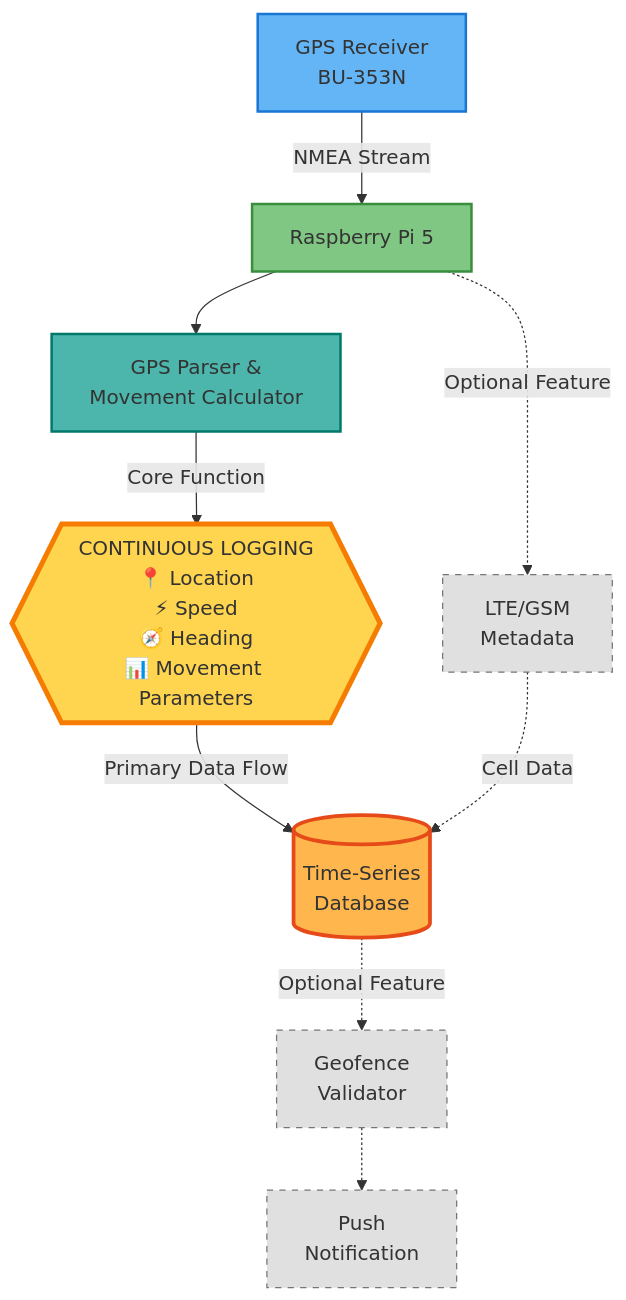
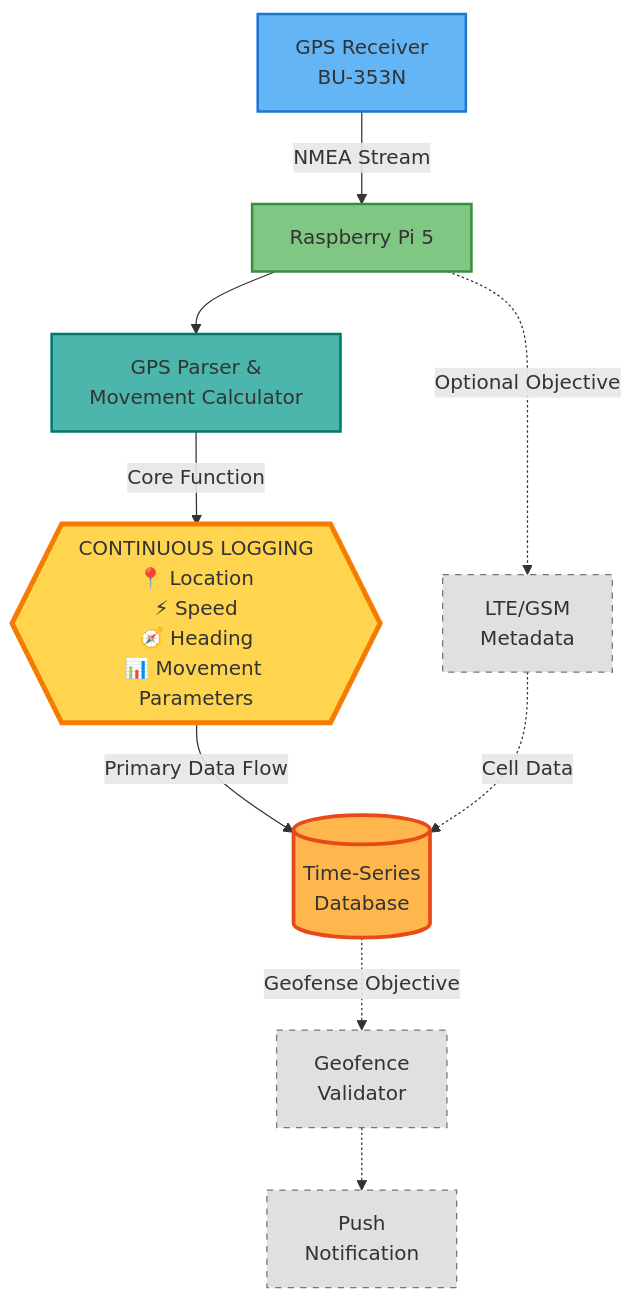
The diagram in README.md (cramos93/Raspberry-Pi-GPS-Cellular-Data-Logger), drawn with Mermaid before and after one commit.

Commit message:
README.md

````diff
--- a/README.md
+++ b/README.md
@@ -76,25 +76,25 @@
 ```mermaid
 graph TB
     GPS[GPS Receiver<br/>BU-353N] -->|NMEA Stream| PI[Raspberry Pi 5]
     
     PI --> PARSE[GPS Parser &<br/>Movement Calculator]
     
     PARSE -->|Core Function| CORE{{"CONTINUOUS LOGGING<br/>📍 Location<br/>⚡ Speed<br/>🧭 Heading<br/>📊 Movement Parameters"}}
     
     CORE -->|Primary Data Flow| DB[(Time-Series<br/>Database)]
     
-    DB -.->|Optional Feature| FENCE[Geofence<br/>Validator]
+    DB -.->| Geofense Objective| FENCE[Geofence<br/>Validator]
     FENCE -.-> NOTIFY[Push<br/>Notification]
     
-    PI -.->|Optional Feature| META[LTE/GSM<br/>Metadata]
+    PI -.->|Optional Objective | META[LTE/GSM<br/>Metadata]
     META -.->|Cell Data| DB
     
     style GPS fill:#64b5f6,stroke:#1976d2,stroke-width:2px
     style PI fill:#81c784,stroke:#388e3c,stroke-width:2px
     style PARSE fill:#4db6ac,stroke:#00796b,stroke-width:2px
     style CORE fill:#ffd54f,stroke:#f57c00,stroke-width:4px
     style DB fill:#ffb74d,stroke:#e64a19,stroke-width:3px
     style FENCE fill:#e0e0e0,stroke:#757575,stroke-width:1px,stroke-dasharray: 5 5
     style NOTIFY fill:#e0e0e0,stroke:#757575,stroke-width:1px,stroke-dasharray: 5 5
     style META fill:#e0e0e0,stroke:#757575,stroke-width:1px,stroke-dasharray: 5 5
 ```
````
